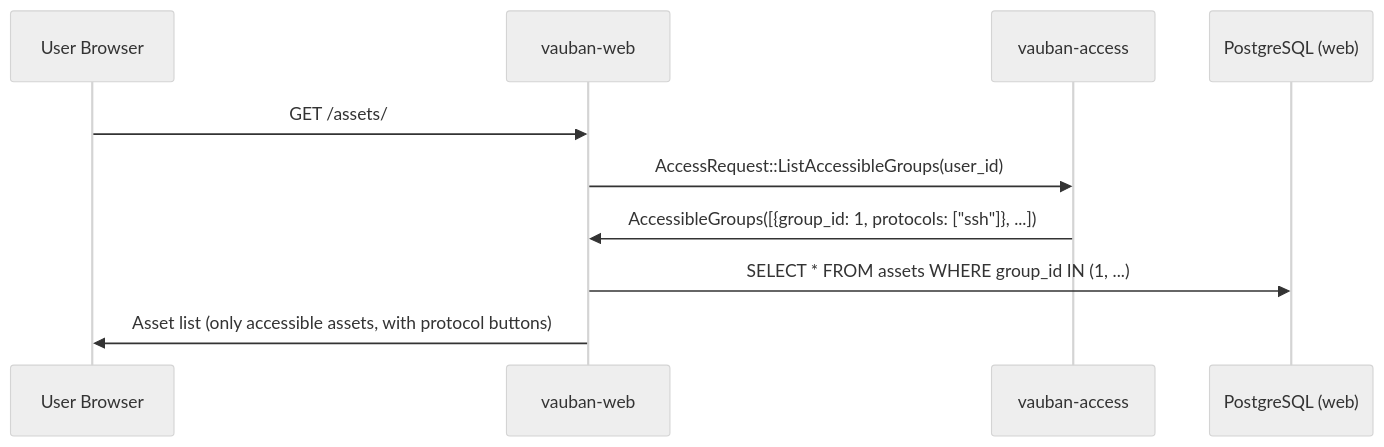
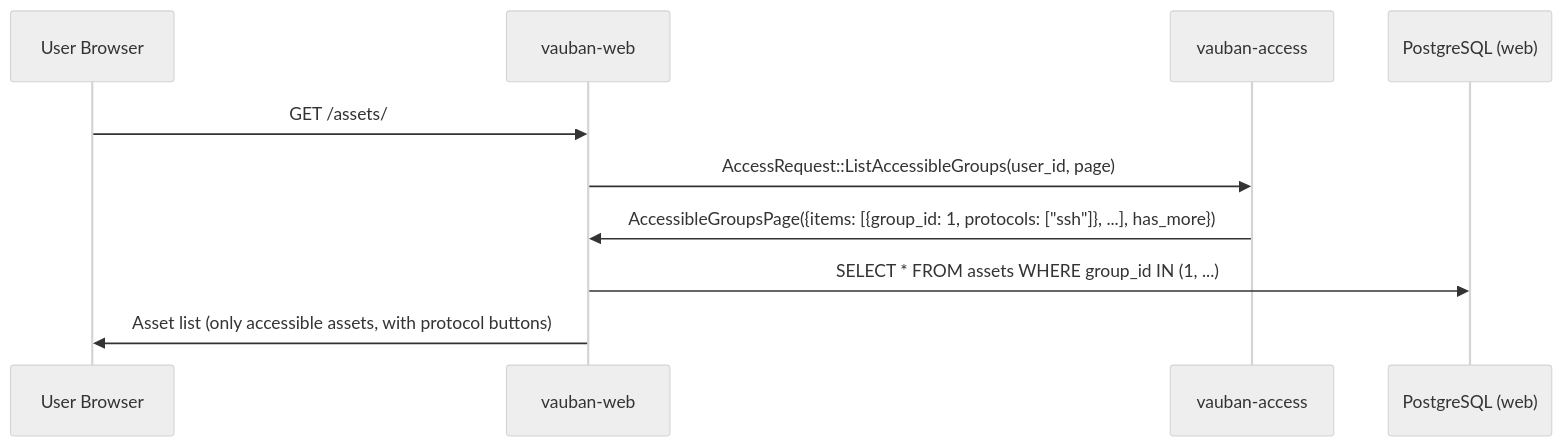
Before and after one commit to rbenaley/Vauban: diagram 13 of 16 in docs/technical/Vauban_IAM_Architecture_EN(1.0).md, drawn with Mermaid (neutral theme). The commit also changed other lines of this file, not shown here.

First line of the commit message:
docs(iam): align IAM architecture doc with current implementation

````diff
--- a/docs/technical/Vauban_IAM_Architecture_EN(1.0).md
+++ b/docs/technical/Vauban_IAM_Architecture_EN(1.0).md
@@ -917,13 +968,13 @@
 ```mermaid
 sequenceDiagram
     participant U as User Browser
     participant W as vauban-web
     participant A as vauban-access
     participant DB as PostgreSQL (web)
 
     U->>W: GET /assets/
-    W->>A: AccessRequest::ListAccessibleGroups(user_id)
-    A->>W: AccessibleGroups([{group_id: 1, protocols: ["ssh"]}, ...])
+    W->>A: AccessRequest::ListAccessibleGroups(user_id, page)
+    A->>W: AccessibleGroupsPage({items: [{group_id: 1, protocols: ["ssh"]}, ...], has_more})
     W->>DB: SELECT * FROM assets WHERE group_id IN (1, ...)
     W->>U: Asset list (only accessible assets, with protocol buttons)
 ```
````
